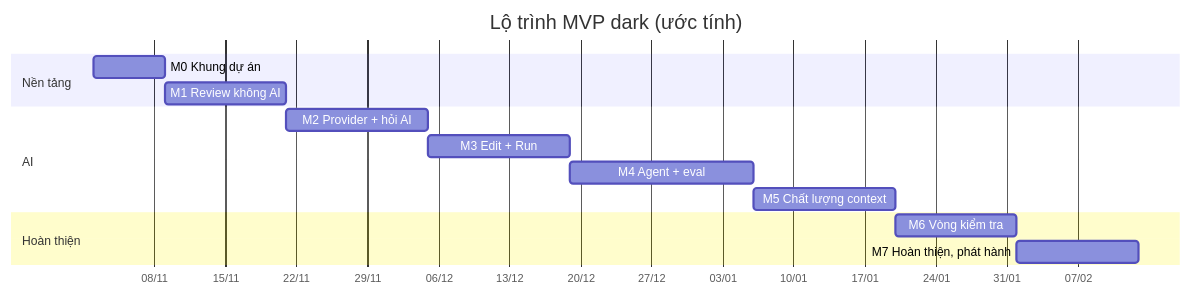
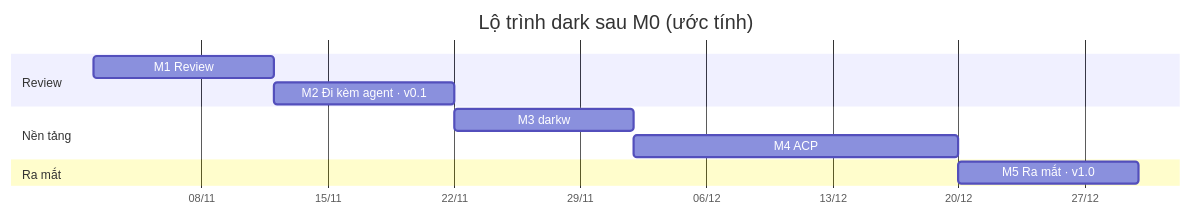
One commit to lhnhidev/dark changed the diagram in docs/PLANNING.md. Above: the diagram before and after it, drawn with Mermaid. The commit also changed other lines of this file and 7 other files, not shown here.

Commit message:
docs: redefine product scope and roadmap

````diff
--- a/docs/PLANNING.md
+++ b/docs/PLANNING.md
@@ -37,17 +40,14 @@
 ```mermaid
 gantt
-    title Lộ trình MVP dark (ước tính)
+    title Lộ trình dark sau M0 (ước tính)
     dateFormat  YYYY-MM-DD
     axisFormat  %d/%m
+    section Review
+    M1 Review              :m1, 2026-11-02, 10d
+    M2 Đi kèm agent · v0.1 :m2, after m1, 10d
     section Nền tảng
-    M0 Khung dự án         :m0, 2026-11-02, 7d
-    M1 Review không AI     :m1, after m0, 12d
-    section AI
-    M2 Provider + hỏi AI   :m2, after m1, 14d
-    M3 Edit + Run          :m3, after m2, 14d
-    M4 Agent + eval        :m4, after m3, 18d
-    M5 Chất lượng context  :m5, after m4, 14d
-    section Hoàn thiện
-    M6 Vòng kiểm tra       :m6, after m5, 12d
-    M7 Hoàn thiện, phát hành :m7, after m6, 12d
+    M3 darkw               :m3, after m2, 10d
+    M4 ACP                 :m4, after m3, 18d
+    section Ra mắt
+    M5 Ra mắt · v1.0       :m5, after m4, 10d
 ```
````
